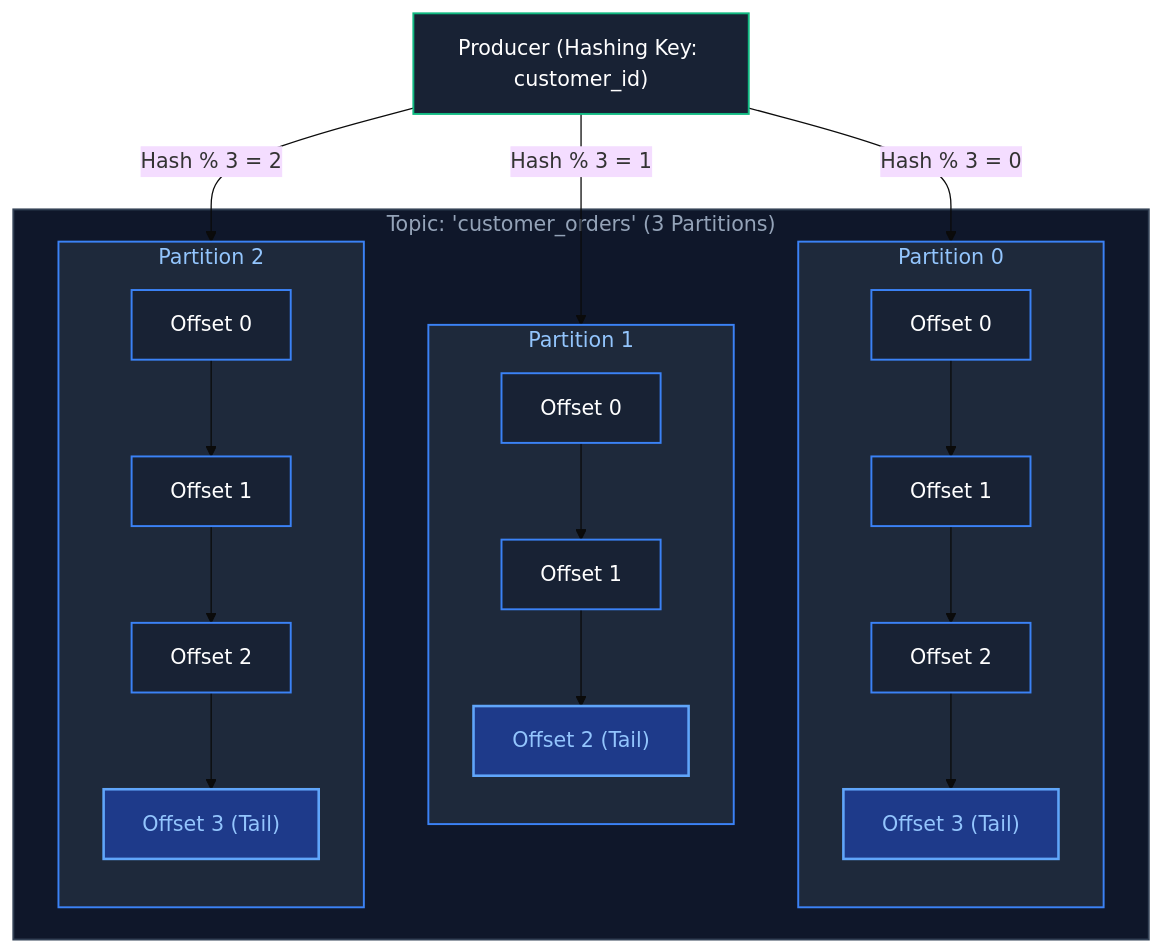
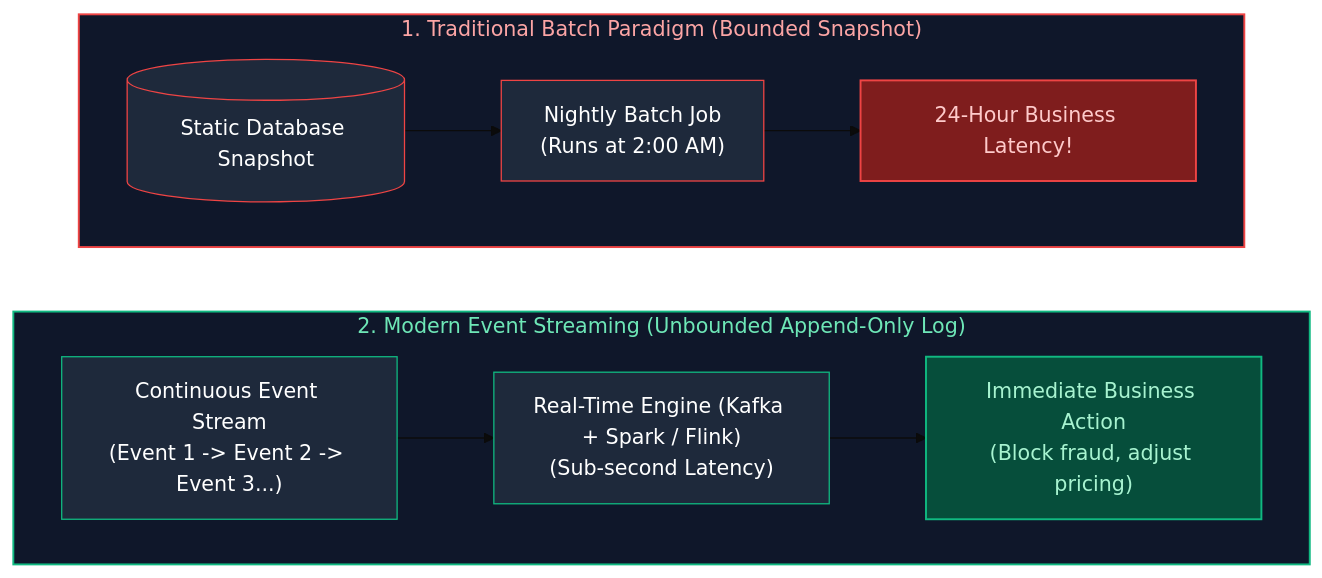
One commit to joydeep-biswas/Interview-Preparation changed the second of 14 diagrams in Data Engineering/11_streaming_and_kafka_event_streaming.md. Above: the diagram before and after it, drawn with Mermaid (base theme). The commit also changed other lines of this file and 143 other files, not shown here.

````diff
--- a/Data Engineering/11_streaming_and_kafka_event_streaming.md
+++ b/Data Engineering/11_streaming_and_kafka_event_streaming.md
@@ -134,39 +132,28 @@
 ```mermaid
-flowchart TD
-    subgraph TopicOrders ["Topic: 'customer_orders' (3 Partitions)"]
-        subgraph Part0 ["Partition 0"]
-            direction TD
-            P0_0["Offset 0"] --> P0_1["Offset 1"] --> P0_2["Offset 2"] --> P0_3["Offset 3 (Tail)"]
-        end
-        subgraph Part1 ["Partition 1"]
-            direction TD
-            P1_0["Offset 0"] --> P1_1["Offset 1"] --> P1_2["Offset 2 (Tail)"]
-        end
-        subgraph Part2 ["Partition 2"]
-            direction TD
-            P2_0["Offset 0"] --> P2_1["Offset 1"] --> P2_2["Offset 2"] --> P2_3["Offset 3 (Tail)"]
-        end
+flowchart LR
+
+    subgraph StreamingParadigm ["2. Modern Event Streaming (Unbounded Append-Only Log)"]
+        direction LR
+        S_Event["Continuous Event Stream<br/>(Event 1 -> Event 2 -> Event 3...)"]
+        S_Engine["Real-Time Engine (Kafka + Spark / Flink)<br/>(Sub-second Latency)"]
+        S_Action["Immediate Business Action<br/>(Block fraud, adjust pricing)"]
+        S_Event --> S_Engine --> S_Action
     end
 
-    Producer["Producer (Hashing Key: customer_id)"] -->|Hash % 3 = 0| Part0
-    Producer -->|Hash % 3 = 1| Part1
-    Producer -->|Hash % 3 = 2| Part2
+    subgraph BatchParadigm ["1. Traditional Batch Paradigm (Bounded Snapshot)"]
+        direction LR
+        B_Store[("Static Database Snapshot")]
+        B_Job["Nightly Batch Job<br/>(Runs at 2:00 AM)"]
+        B_Delay["24-Hour Business Latency!"]
+        B_Store --> B_Job --> B_Delay
+    end
 
-    style TopicOrders fill:#0f172a,stroke:#334155,stroke-width:1.5px,color:#94a3b8
-    style Part0 fill:#1e293b,stroke:#3b82f6,stroke-width:1.5px,color:#93c5fd
-    style Part1 fill:#1e293b,stroke:#3b82f6,stroke-width:1.5px,color:#93c5fd
-    style Part2 fill:#1e293b,stroke:#3b82f6,stroke-width:1.5px,color:#93c5fd
-
-    style Producer fill:#182234,stroke:#10b981,stroke-width:1.5px,color:#fff
-    style P0_0 fill:#182234,stroke:#3b82f6,stroke-width:1.5px,color:#fff
-    style P0_1 fill:#182234,stroke:#3b82f6,stroke-width:1.5px,color:#fff
-    style P0_2 fill:#182234,stroke:#3b82f6,stroke-width:1.5px,color:#fff
-    style P0_3 fill:#1e3a8a,stroke:#60a5fa,stroke-width:2px,color:#93c5fd
-    style P1_0 fill:#182234,stroke:#3b82f6,stroke-width:1.5px,color:#fff
-    style P1_1 fill:#182234,stroke:#3b82f6,stroke-width:1.5px,color:#fff
-    style P1_2 fill:#1e3a8a,stroke:#60a5fa,stroke-width:2px,color:#93c5fd
-    style P2_0 fill:#182234,stroke:#3b82f6,stroke-width:1.5px,color:#fff
-    style P2_1 fill:#182234,stroke:#3b82f6,stroke-width:1.5px,color:#fff
-    style P2_2 fill:#182234,stroke:#3b82f6,stroke-width:1.5px,color:#fff
-    style P2_3 fill:#1e3a8a,stroke:#60a5fa,stroke-width:2px,color:#93c5fd
+    style BatchParadigm fill:#0f172a,stroke:#ef4444,stroke-width:1.5px,color:#fca5a5
+    style StreamingParadigm fill:#0f172a,stroke:#10b981,stroke-width:1.5px,color:#6ee7b7
+    style B_Store fill:#1e293b,stroke:#ef4444,stroke-width:1px,color:#fff
+    style B_Job fill:#1e293b,stroke:#ef4444,stroke-width:1px,color:#fff
+    style B_Delay fill:#7f1d1d,stroke:#ef4444,stroke-width:1.5px,color:#fecaca
+    style S_Event fill:#1e293b,stroke:#10b981,stroke-width:1px,color:#fff
+    style S_Engine fill:#1e293b,stroke:#10b981,stroke-width:1px,color:#fff
+    style S_Action fill:#064e3b,stroke:#10b981,stroke-width:1.5px,color:#a7f3d0
 ```
````
